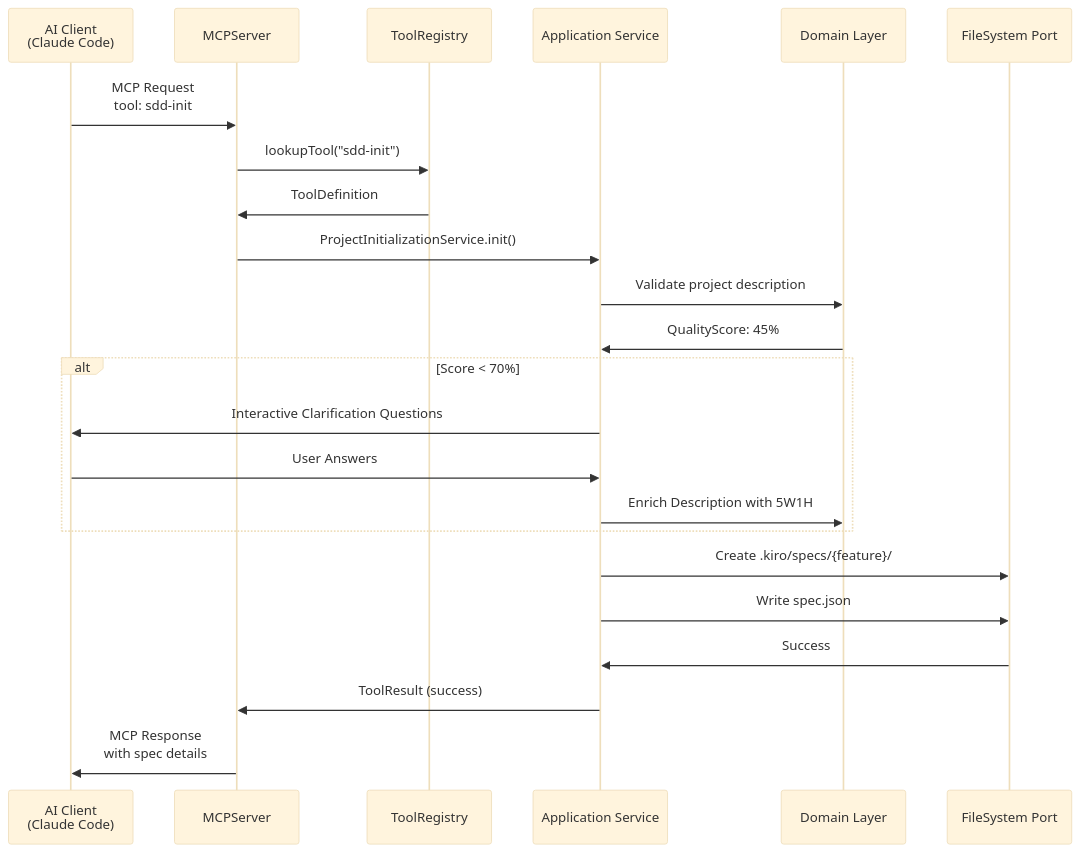
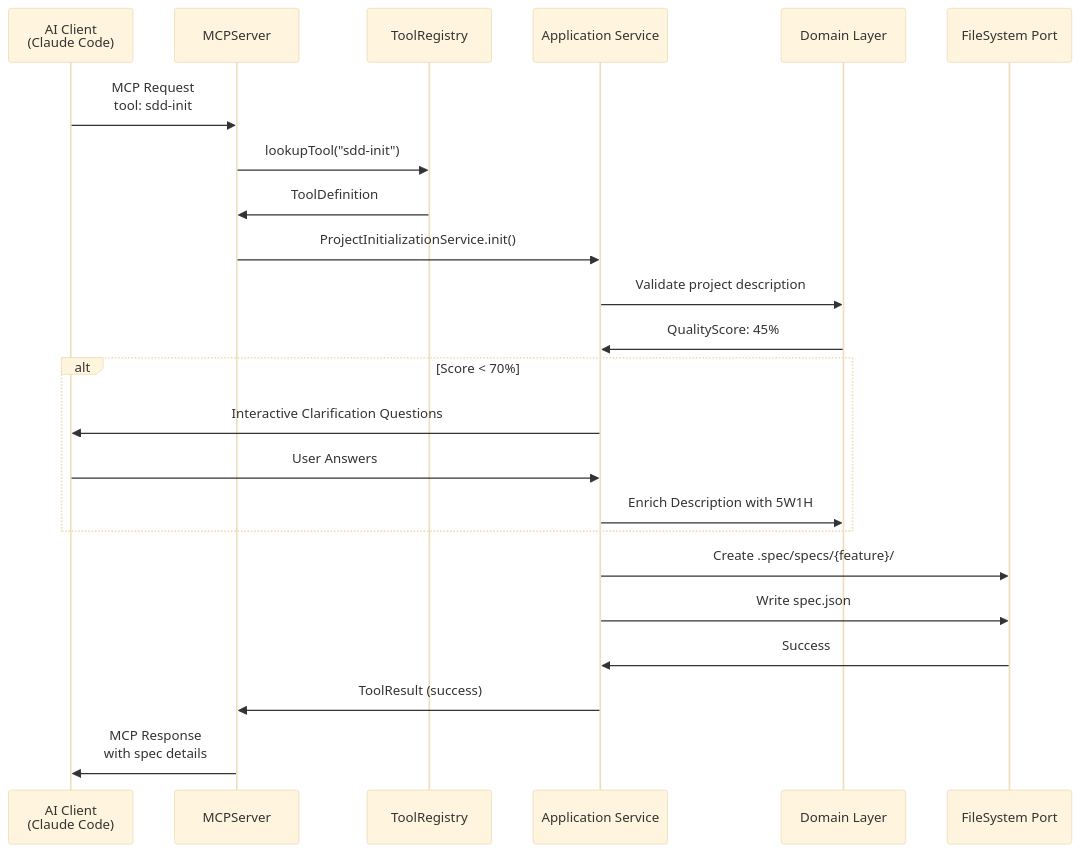
Before and after one commit to yi-john-huang/sdd-mcp: the fourth of 10 diagrams in ARCHITECTURE.md, drawn with Mermaid (base theme). The commit also changed other lines of this file and 54 other files, not shown here.

First line of the commit message:
feat: migrate SDD directory from .kiro to .spec

````diff
--- a/ARCHITECTURE.md
+++ b/ARCHITECTURE.md
@@ -287,30 +287,30 @@
 ```mermaid
 sequenceDiagram
     participant AI as AI Client<br/>(Claude Code)
     participant MCP as MCPServer
     participant TR as ToolRegistry
     participant AS as Application Service
     participant DL as Domain Layer
     participant FS as FileSystem Port
 
     AI->>MCP: MCP Request<br/>tool: sdd-init
     MCP->>TR: lookupTool("sdd-init")
     TR->>MCP: ToolDefinition
     MCP->>AS: ProjectInitializationService.init()
     
     AS->>DL: Validate project description
     DL->>AS: QualityScore: 45%
     
     alt Score < 70%
         AS->>AI: Interactive Clarification Questions
         AI->>AS: User Answers
         AS->>DL: Enrich Description with 5W1H
     end
     
-    AS->>FS: Create .kiro/specs/{feature}/
+    AS->>FS: Create .spec/specs/{feature}/
     AS->>FS: Write spec.json
     FS->>AS: Success
     
     AS->>MCP: ToolResult (success)
     MCP->>AI: MCP Response<br/>with spec details
 ```
````
